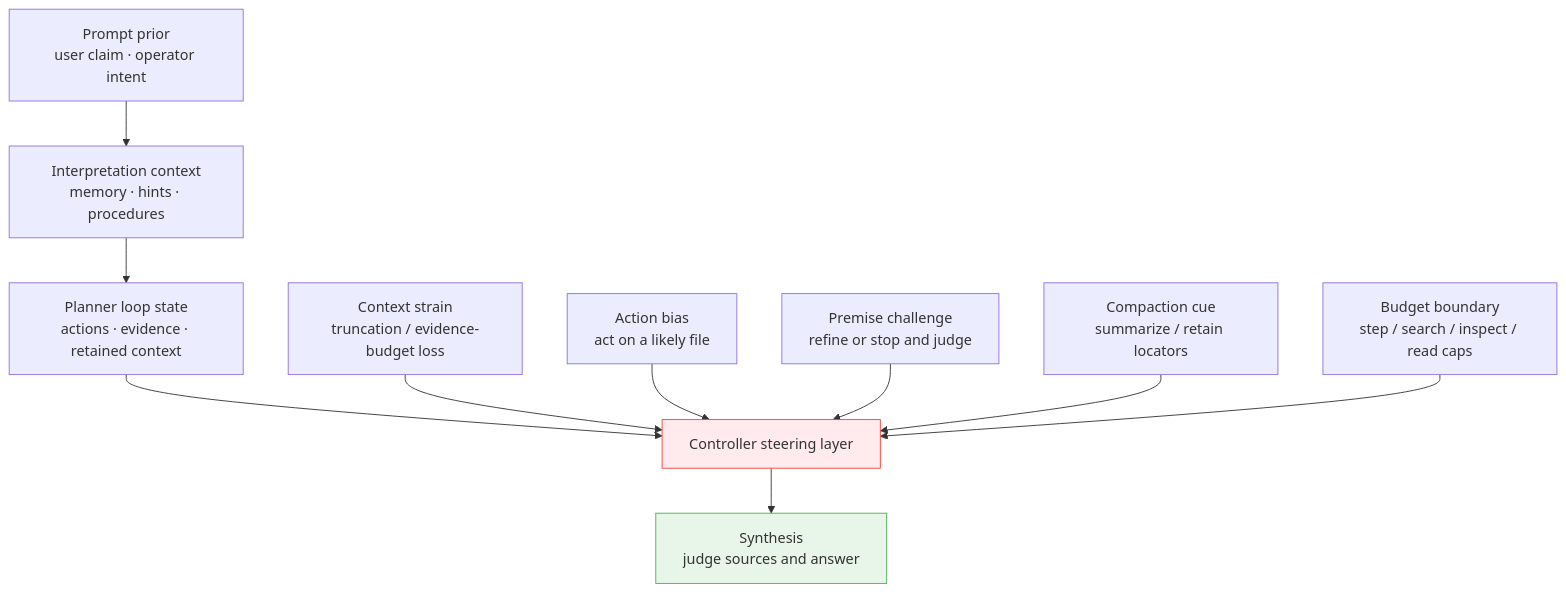
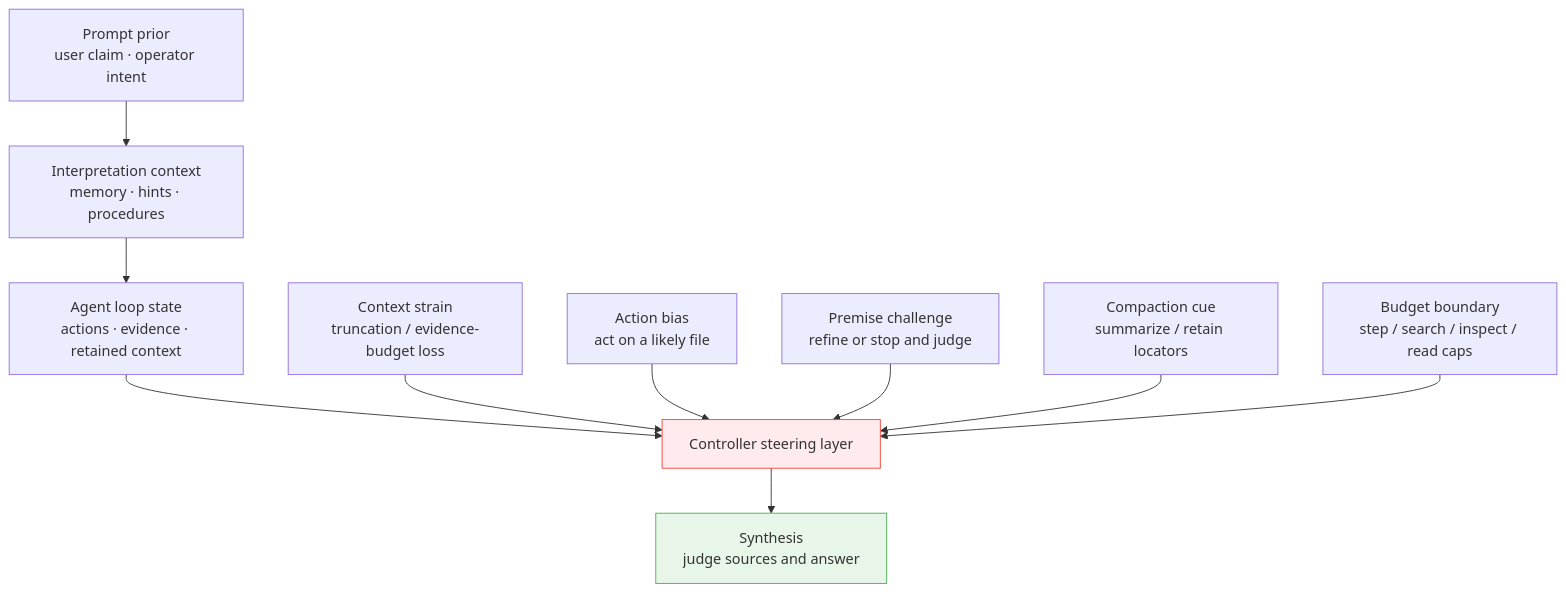
Before and after one commit to spoke-sh/paddles: the fourth of 6 diagrams in README.md, drawn with Mermaid. The commit also changed other lines of this file and 17 other files, not shown here.

````diff
--- a/README.md
+++ b/README.md
@@ -179,24 +183,24 @@
 ```mermaid
 flowchart TD
     P["Prompt prior<br/>user claim · operator intent"]
     I["Interpretation context<br/>memory · hints · procedures"]
-    L["Planner loop state<br/>actions · evidence · retained context"]
+    L["Agent loop state<br/>actions · evidence · retained context"]
     C["Controller steering layer"]
     S["Synthesis<br/>judge sources and answer"]
 
     CP["Context strain<br/>truncation / evidence-budget loss"]
     EP["Action bias<br/>act on a likely file"]
     EVP["Premise challenge<br/>refine or stop and judge"]
     CMP["Compaction cue<br/>summarize / retain locators"]
     BP["Budget boundary<br/>step / search / inspect / read caps"]
 
     P --> I --> L --> C --> S
     CP --> C
     EP --> C
     EVP --> C
     CMP --> C
     BP --> C
 
     style C fill:#ffebee,stroke:#f44336
     style S fill:#e8f5e9,stroke:#4CAF50
 ```
````
